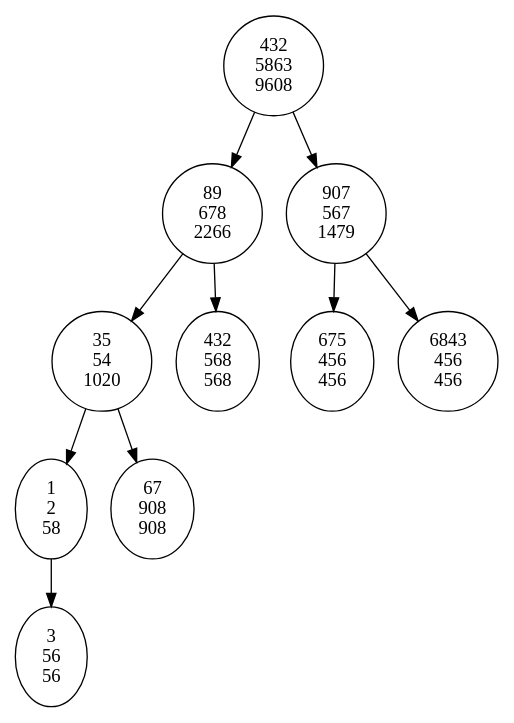
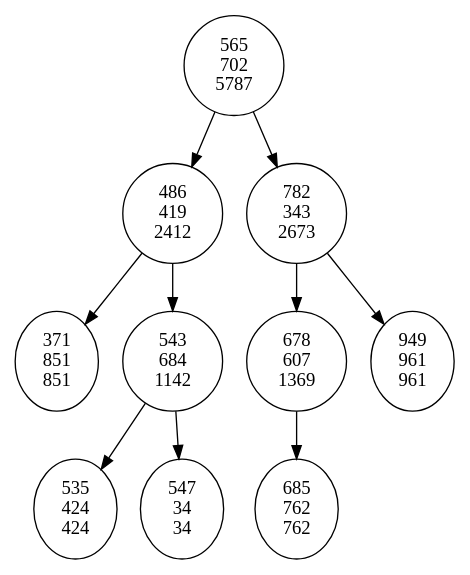
One commit to bogdych/my_homeworks changed the diagram in Homework #11/output.dot. Above: the diagram before and after it, drawn with Graphviz. The commit also changed 2 other files, not shown here.

```diff
--- a/Homework #11/output.dot
+++ b/Homework #11/output.dot
@@ -1,11 +1,11 @@
 digraph {
-"432\n5863\n9608" -> "89\n678\n2266";
-"89\n678\n2266" -> "35\n54\n1020";
-"35\n54\n1020" -> "1\n2\n58";
-"1\n2\n58" -> "3\n56\n56";
-"35\n54\n1020" -> "67\n908\n908";
-"89\n678\n2266" -> "432\n568\n568";
-"432\n5863\n9608" -> "907\n567\n1479";
-"907\n567\n1479" -> "675\n456\n456";
-"907\n567\n1479" -> "6843\n456\n456";
+"565\n702\n5787" -> "486\n419\n2412";
+"486\n419\n2412" -> "371\n851\n851";
+"486\n419\n2412" -> "543\n684\n1142";
+"543\n684\n1142" -> "535\n424\n424";
+"543\n684\n1142" -> "547\n34\n34";
+"565\n702\n5787" -> "782\n343\n2673";
+"782\n343\n2673" -> "678\n607\n1369";
+"678\n607\n1369" -> "685\n762\n762";
+"782\n343\n2673" -> "949\n961\n961";
 }
```
